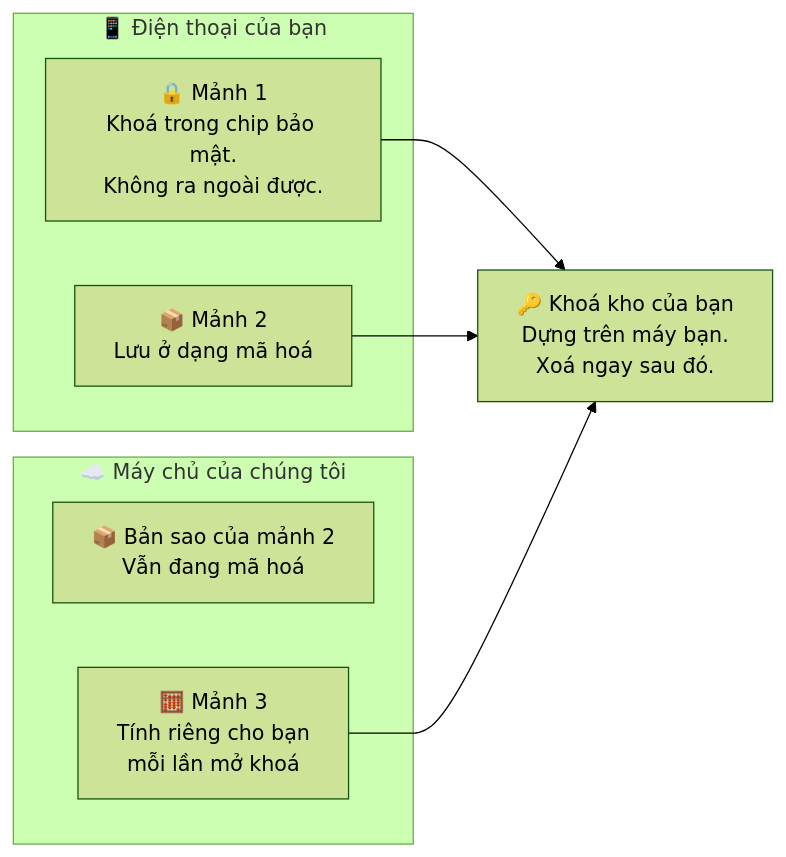
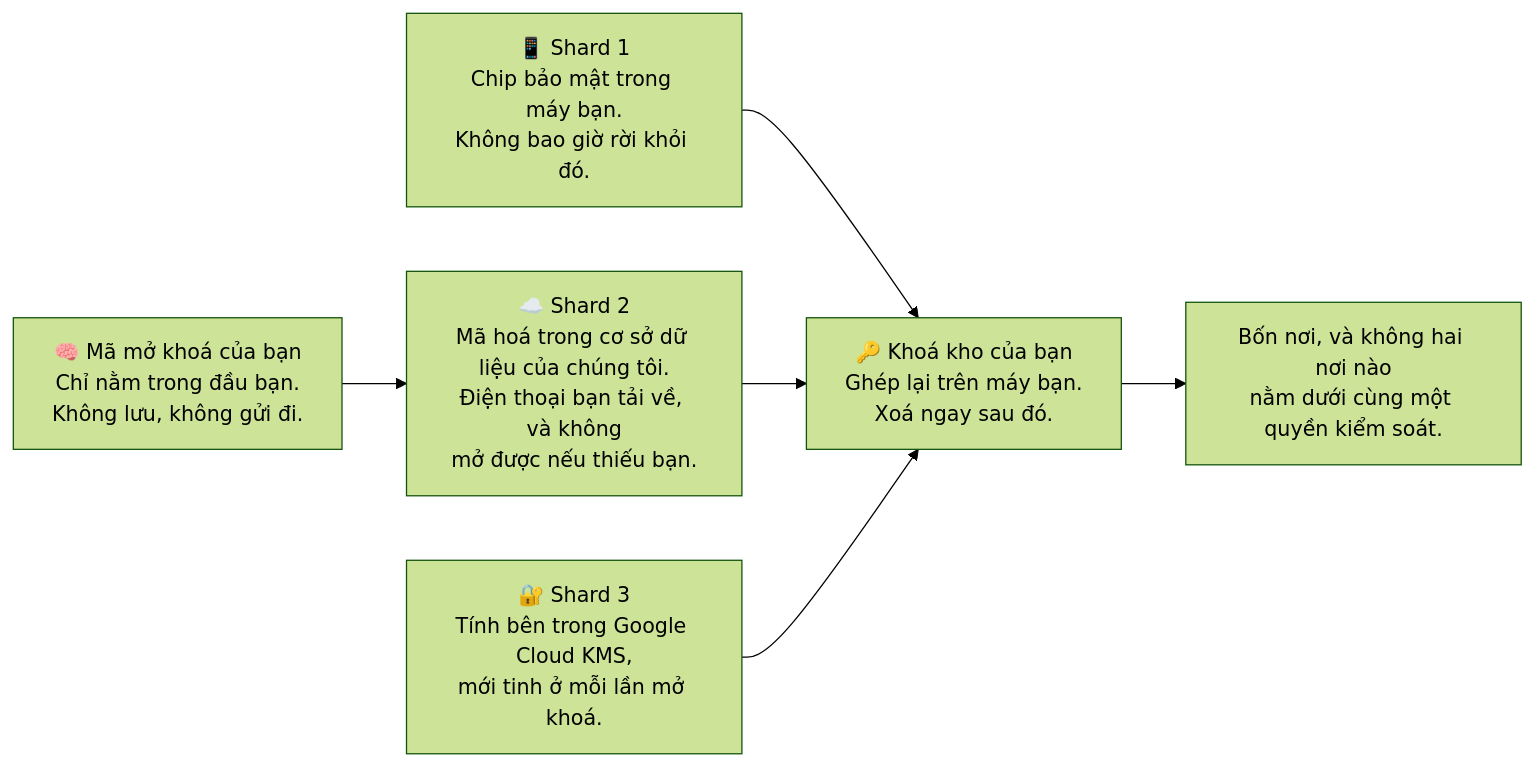
The first of 4 diagrams in i18n/vi/docusaurus-plugin-content-docs/current/how-it-works.md (TuPhung369/passwordepic-website), drawn with Mermaid (forest theme) before and after one commit. The commit also changed other lines of this file and 5 other files, not shown here.

````diff
--- a/i18n/vi/docusaurus-plugin-content-docs/current/how-it-works.md
+++ b/i18n/vi/docusaurus-plugin-content-docs/current/how-it-works.md
@@ -22,18 +22,10 @@
 ```mermaid
 flowchart LR
-  subgraph phone["📱 Điện thoại của bạn"]
-    P1["🔒 Mảnh 1<br/>Khoá trong chip bảo mật.<br/>Không ra ngoài được."]
-    P2["📦 Mảnh 2<br/>Lưu ở dạng mã hoá"]
-  end
-
-  subgraph ours["☁️ Máy chủ của chúng tôi"]
-    C2["📦 Bản sao của mảnh 2<br/>Vẫn đang mã hoá"]
-    P3["🧮 Mảnh 3<br/>Tính riêng cho bạn<br/>mỗi lần mở khoá"]
-  end
-
-  P1 --> KEY
-  P2 --> KEY
-  P3 --> KEY
-
-  KEY["🔑 Khoá kho của bạn<br/>Dựng trên máy bạn.<br/>Xoá ngay sau đó."]
+  P["🧠 Mã mở khoá của bạn<br/>Chỉ nằm trong đầu bạn.<br/>Không lưu, không gửi đi."] --> S2
+  S2["☁️ Shard 2<br/>Mã hoá trong cơ sở dữ liệu của chúng tôi.<br/>Điện thoại bạn tải về, và không<br/>mở được nếu thiếu bạn."]
+  S1["📱 Shard 1<br/>Chip bảo mật trong máy bạn.<br/>Không bao giờ rời khỏi đó."] --> KEY
+  S2 --> KEY
+  S3["🔐 Shard 3<br/>Tính bên trong Google Cloud KMS,<br/>mới tinh ở mỗi lần mở khoá."] --> KEY
+  KEY["🔑 Khoá kho của bạn<br/>Ghép lại trên máy bạn.<br/>Xoá ngay sau đó."]
+  KEY --> N["Bốn nơi, và không hai nơi nào<br/>nằm dưới cùng một quyền kiểm soát."]
 ```
````
